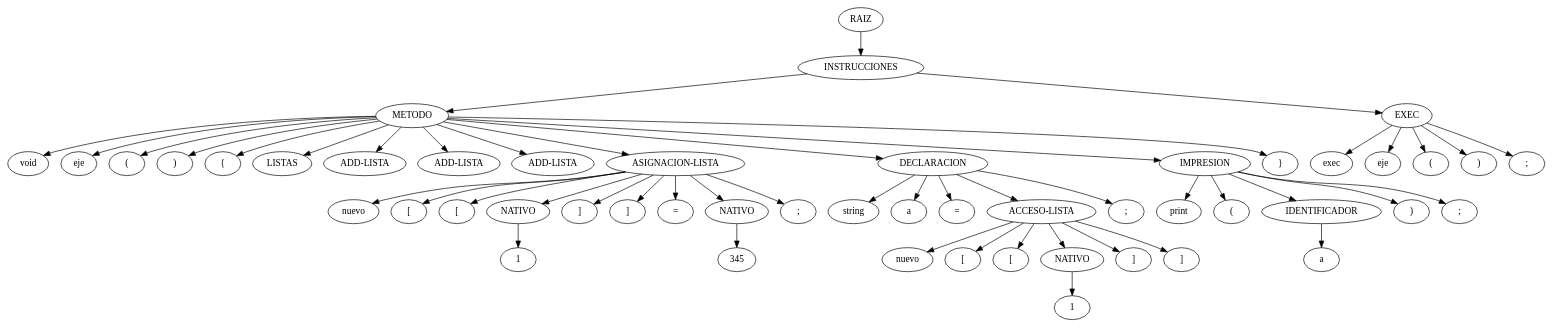
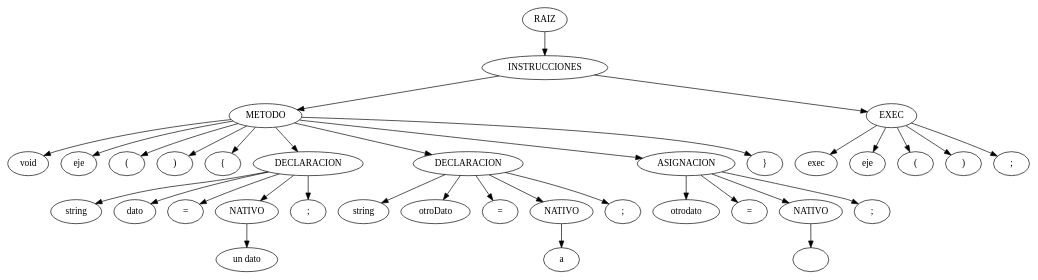
The diagram in Backend/arbolAST.dot (ByLy23/Typesty-Interpreter), drawn with Graphviz before and after one commit. The commit also changed 37 other files, not shown here.

```diff
--- a/Backend/arbolAST.dot
+++ b/Backend/arbolAST.dot
@@ -1,54 +1,38 @@
 digraph arbolAST{ 
       n0[label="RAIZ"];
       n1[label="INSTRUCCIONES"];
       n0 -> n1;n2[label="METODO"];
       n1 -> n2;n3[label="void"];
       n2 -> n3;n4[label="eje"];
       n2 -> n4;n5[label="("];
       n2 -> n5;n6[label=")"];
       n2 -> n6;n7[label="{"];
-      n2 -> n7;n8[label="LISTAS"];
-      n2 -> n8;n9[label="ADD-LISTA"];
-      n2 -> n9;n10[label="ADD-LISTA"];
-      n2 -> n10;n11[label="ADD-LISTA"];
-      n2 -> n11;n12[label="ASIGNACION-LISTA"];
-      n2 -> n12;n13[label="nuevo"];
-      n12 -> n13;n14[label="["];
-      n12 -> n14;n15[label="["];
-      n12 -> n15;n16[label="NATIVO"];
-      n12 -> n16;n17[label="1"];
-      n16 -> n17;n18[label="]"];
-      n12 -> n18;n19[label="]"];
-      n12 -> n19;n20[label="="];
-      n12 -> n20;n21[label="NATIVO"];
-      n12 -> n21;n22[label="345"];
-      n21 -> n22;n23[label=";"];
-      n12 -> n23;n24[label="DECLARACION"];
-      n2 -> n24;n25[label="string"];
-      n24 -> n25;n26[label="a"];
-      n24 -> n26;n27[label="="];
-      n24 -> n27;n28[label="ACCESO-LISTA"];
-      n24 -> n28;n29[label="nuevo"];
-      n28 -> n29;n30[label="["];
-      n28 -> n30;n31[label="["];
-      n28 -> n31;n32[label="NATIVO"];
-      n28 -> n32;n33[label="1"];
-      n32 -> n33;n34[label="]"];
-      n28 -> n34;n35[label="]"];
-      n28 -> n35;n36[label=";"];
-      n24 -> n36;n37[label="IMPRESION"];
-      n2 -> n37;n38[label="print"];
-      n37 -> n38;n39[label="("];
-      n37 -> n39;n40[label="IDENTIFICADOR"];
-      n37 -> n40;n41[label="a"];
-      n40 -> n41;n42[label=")"];
-      n37 -> n42;n43[label=";"];
-      n37 -> n43;n44[label="}"];
-      n2 -> n44;n45[label="EXEC"];
-      n1 -> n45;n46[label="exec"];
-      n45 -> n46;n47[label="eje"];
-      n45 -> n47;n48[label="("];
-      n45 -> n48;n49[label=")"];
-      n45 -> n49;n50[label=";"];
-      n45 -> n50;
+      n2 -> n7;n8[label="DECLARACION"];
+      n2 -> n8;n9[label="string"];
+      n8 -> n9;n10[label="dato"];
+      n8 -> n10;n11[label="="];
+      n8 -> n11;n12[label="NATIVO"];
+      n8 -> n12;n13[label="un dato"];
+      n12 -> n13;n14[label=";"];
+      n8 -> n14;n15[label="DECLARACION"];
+      n2 -> n15;n16[label="string"];
+      n15 -> n16;n17[label="otroDato"];
+      n15 -> n17;n18[label="="];
+      n15 -> n18;n19[label="NATIVO"];
+      n15 -> n19;n20[label="a"];
+      n19 -> n20;n21[label=";"];
+      n15 -> n21;n22[label="ASIGNACION"];
+      n2 -> n22;n23[label="otrodato"];
+      n22 -> n23;n24[label="="];
+      n22 -> n24;n25[label="NATIVO"];
+      n22 -> n25;n26[label=""];
+      n25 -> n26;n27[label=";"];
+      n22 -> n27;n28[label="}"];
+      n2 -> n28;n29[label="EXEC"];
+      n1 -> n29;n30[label="exec"];
+      n29 -> n30;n31[label="eje"];
+      n29 -> n31;n32[label="("];
+      n29 -> n32;n33[label=")"];
+      n29 -> n33;n34[label=";"];
+      n29 -> n34;
     }
```
